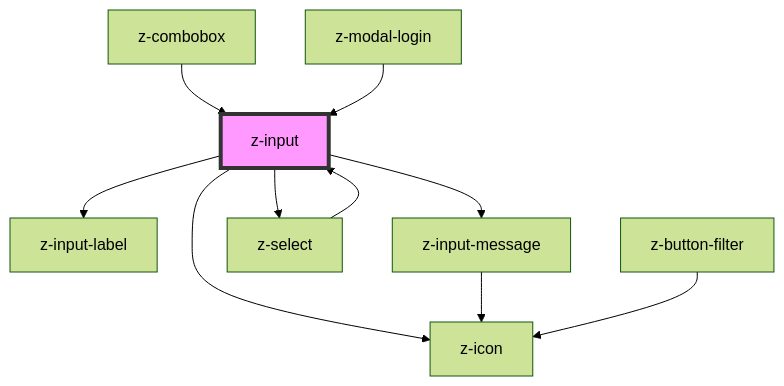
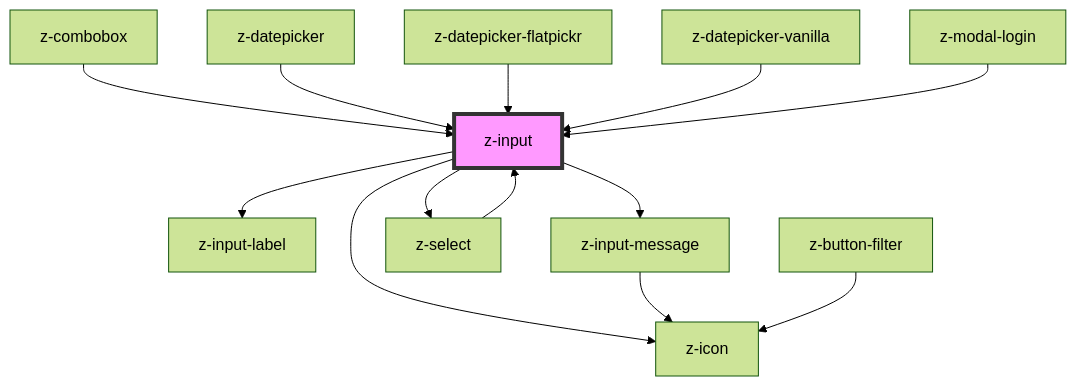
The diagram in src/components/inputs/z-input/readme.md (ZanichelliEditore/design-system), drawn with Mermaid (forest theme) before and after one commit. The commit also changed other lines of this file and 13 other files, not shown here.

````diff
--- a/src/components/inputs/z-input/readme.md
+++ b/src/components/inputs/z-input/readme.md
@@ -211,13 +214,16 @@
 ```mermaid
 graph TD;
   z-input --> z-input-label
   z-input --> z-icon
   z-input --> z-input-message
   z-input --> z-select
   z-input-message --> z-icon
   z-select --> z-input
   z-button-filter --> z-icon
   z-combobox --> z-input
+  z-datepicker --> z-input
+  z-datepicker-flatpickr --> z-input
+  z-datepicker-vanilla --> z-input
   z-modal-login --> z-input
   style z-input fill:#f9f,stroke:#333,stroke-width:4px
 ```
````
